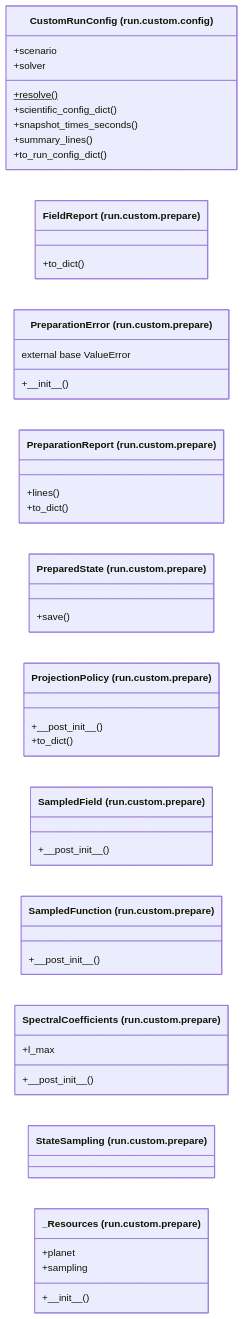
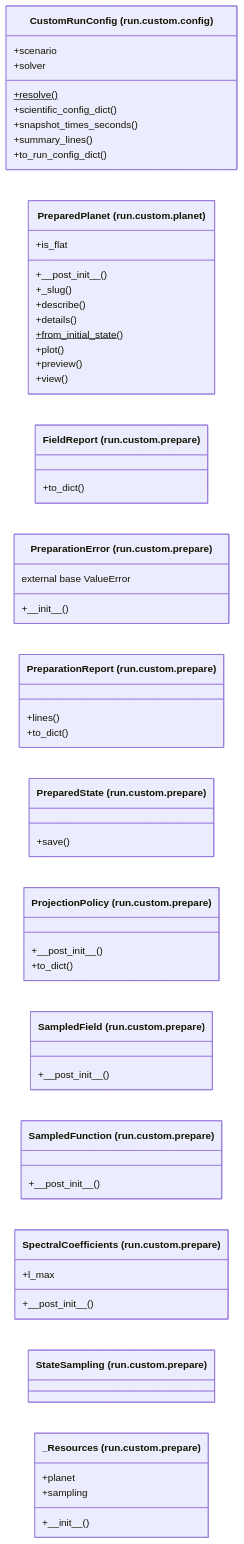
One commit to AlexandreEros/Palintropos changed the diagram in docs/architecture/current/classes/tropoi.run.custom.mmd. Above: the diagram before and after it, drawn with Mermaid. The commit also changed 36 other files, not shown here.

```diff
--- a/docs/architecture/current/classes/tropoi.run.custom.mmd
+++ b/docs/architecture/current/classes/tropoi.run.custom.mmd
@@ -1,37 +1,47 @@
 %% Generated by tools.architecture 1.0.0. Do not edit by hand.
 %% All classes defined in package tropoi.run.custom.
 classDiagram
     direction LR
     class c_tropoi_orun_ocustom_oconfig_oCustomRunConfig["CustomRunConfig (run.custom.config)"]
     c_tropoi_orun_ocustom_oconfig_oCustomRunConfig : +resolve()$
     c_tropoi_orun_ocustom_oconfig_oCustomRunConfig : +scenario
     c_tropoi_orun_ocustom_oconfig_oCustomRunConfig : +scientific#95;config#95;dict()
     c_tropoi_orun_ocustom_oconfig_oCustomRunConfig : +snapshot#95;times#95;seconds()
     c_tropoi_orun_ocustom_oconfig_oCustomRunConfig : +solver
     c_tropoi_orun_ocustom_oconfig_oCustomRunConfig : +summary#95;lines()
     c_tropoi_orun_ocustom_oconfig_oCustomRunConfig : +to#95;run#95;config#95;dict()
+    class c_tropoi_orun_ocustom_oplanet_oPreparedPlanet["PreparedPlanet (run.custom.planet)"]
+    c_tropoi_orun_ocustom_oplanet_oPreparedPlanet : +#95;#95;post#95;init#95;#95;()
+    c_tropoi_orun_ocustom_oplanet_oPreparedPlanet : +#95;slug()
+    c_tropoi_orun_ocustom_oplanet_oPreparedPlanet : +describe()
+    c_tropoi_orun_ocustom_oplanet_oPreparedPlanet : +details()
+    c_tropoi_orun_ocustom_oplanet_oPreparedPlanet : +from#95;initial#95;state()$
+    c_tropoi_orun_ocustom_oplanet_oPreparedPlanet : +is#95;flat
+    c_tropoi_orun_ocustom_oplanet_oPreparedPlanet : +plot()
+    c_tropoi_orun_ocustom_oplanet_oPreparedPlanet : +preview()
+    c_tropoi_orun_ocustom_oplanet_oPreparedPlanet : +view()
     class c_tropoi_orun_ocustom_oprepare_oFieldReport["FieldReport (run.custom.prepare)"]
     c_tropoi_orun_ocustom_oprepare_oFieldReport : +to#95;dict()
     class c_tropoi_orun_ocustom_oprepare_oPreparationError["PreparationError (run.custom.prepare)"]
     c_tropoi_orun_ocustom_oprepare_oPreparationError : +#95;#95;init#95;#95;()
     c_tropoi_orun_ocustom_oprepare_oPreparationError : external base ValueError
     class c_tropoi_orun_ocustom_oprepare_oPreparationReport["PreparationReport (run.custom.prepare)"]
     c_tropoi_orun_ocustom_oprepare_oPreparationReport : +lines()
     c_tropoi_orun_ocustom_oprepare_oPreparationReport : +to#95;dict()
     class c_tropoi_orun_ocustom_oprepare_oPreparedState["PreparedState (run.custom.prepare)"]
     c_tropoi_orun_ocustom_oprepare_oPreparedState : +save()
     class c_tropoi_orun_ocustom_oprepare_oProjectionPolicy["ProjectionPolicy (run.custom.prepare)"]
     c_tropoi_orun_ocustom_oprepare_oProjectionPolicy : +#95;#95;post#95;init#95;#95;()
     c_tropoi_orun_ocustom_oprepare_oProjectionPolicy : +to#95;dict()
     class c_tropoi_orun_ocustom_oprepare_oSampledField["SampledField (run.custom.prepare)"]
     c_tropoi_orun_ocustom_oprepare_oSampledField : +#95;#95;post#95;init#95;#95;()
     class c_tropoi_orun_ocustom_oprepare_oSampledFunction["SampledFunction (run.custom.prepare)"]
     c_tropoi_orun_ocustom_oprepare_oSampledFunction : +#95;#95;post#95;init#95;#95;()
     class c_tropoi_orun_ocustom_oprepare_oSpectralCoefficients["SpectralCoefficients (run.custom.prepare)"]
     c_tropoi_orun_ocustom_oprepare_oSpectralCoefficients : +#95;#95;post#95;init#95;#95;()
     c_tropoi_orun_ocustom_oprepare_oSpectralCoefficients : +l#95;max
     class c_tropoi_orun_ocustom_oprepare_oStateSampling["StateSampling (run.custom.prepare)"]
     class c_tropoi_orun_ocustom_oprepare_o__Resources["_Resources (run.custom.prepare)"]
     c_tropoi_orun_ocustom_oprepare_o__Resources : +#95;#95;init#95;#95;()
     c_tropoi_orun_ocustom_oprepare_o__Resources : +planet
     c_tropoi_orun_ocustom_oprepare_o__Resources : +sampling
```
